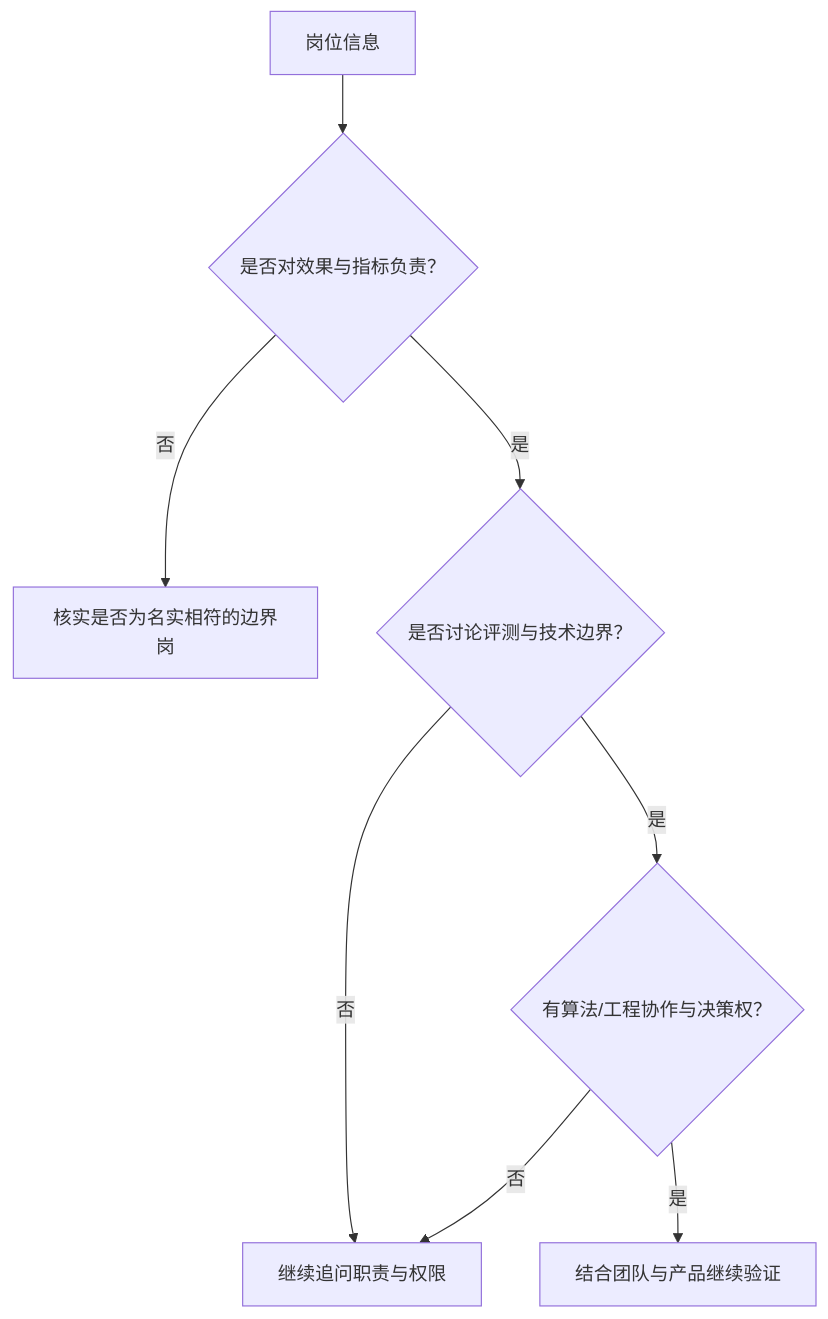
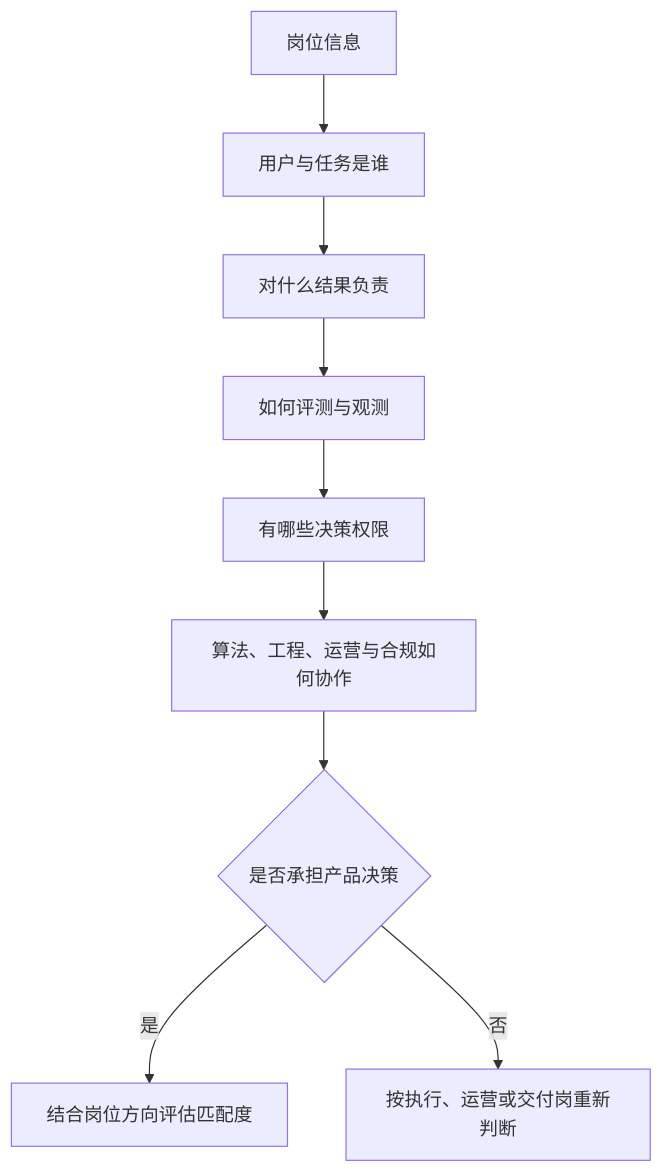
Before and after one commit to AI-PM-Wiki/AIPM: the fifth of 6 diagrams in docs/intro/capability.md, drawn with Mermaid. The commit also changed other lines of this file and 26 other files, not shown here.

````diff
--- a/docs/intro/capability.md
+++ b/docs/intro/capability.md
@@ -194,10 +212,11 @@
 ```mermaid
 flowchart TD
-    jd[岗位信息] --> responsibility{是否对效果与指标负责？}
-    responsibility -->|否| boundary[核实是否为名实相符的边界岗]
-    responsibility -->|是| evaluation{是否讨论评测与技术边界？}
-    evaluation -->|否| followup[继续追问职责与权限]
-    evaluation -->|是| team{有算法/工程协作与决策权？}
-    team -->|否| followup
-    team -->|是| verify[结合团队与产品继续验证]
+    jd[岗位信息] --> user[用户与任务是谁]
+    user --> result[对什么结果负责]
+    result --> evidence[如何评测与观测]
+    evidence --> authority[有哪些决策权限]
+    authority --> team[算法、工程、运营与合规如何协作]
+    team --> decision{是否承担产品决策}
+    decision -->|是| fit[结合岗位方向评估匹配度]
+    decision -->|否| boundary[按执行、运营或交付岗重新判断]
 ```
````
